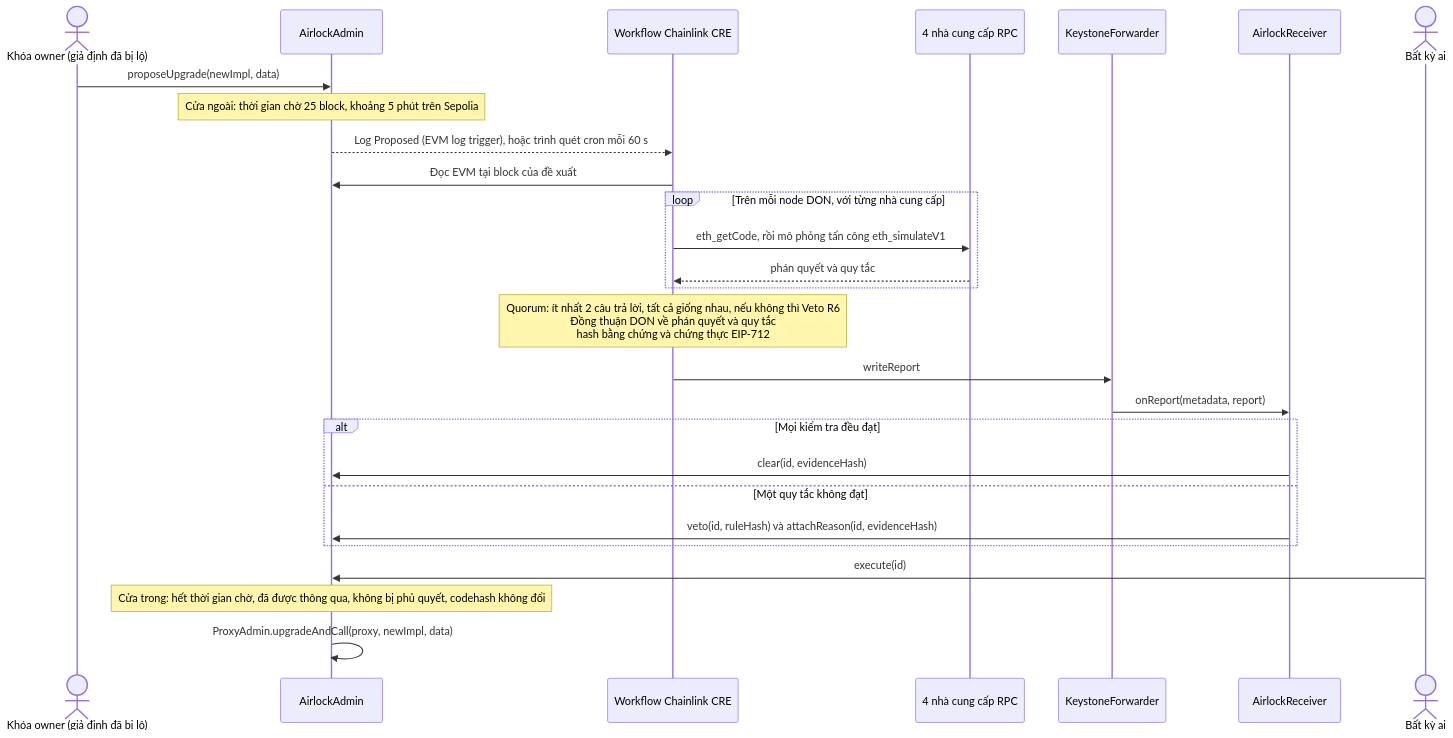
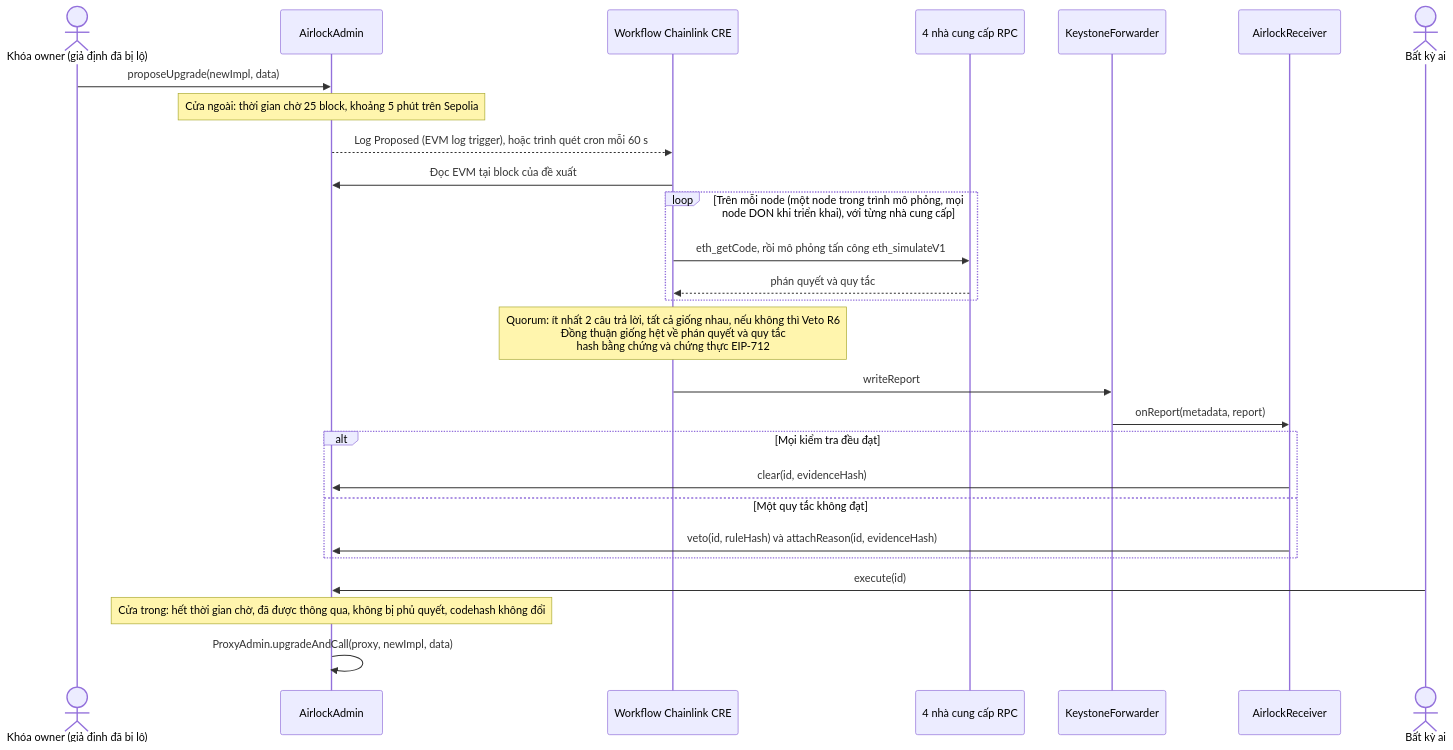
The diagram in README.vi.md (tedinroc/upgrade-airlock), drawn with Mermaid before and after one commit. The commit also changed other lines of this file and 37 other files, not shown here.

````diff
--- a/README.vi.md
+++ b/README.vi.md
@@ -85,30 +96,30 @@
 ```mermaid
 sequenceDiagram
     actor Owner as Khóa owner (giả định đã bị lộ)
     participant Admin as AirlockAdmin
     participant CRE as Workflow Chainlink CRE
     participant RPC as 4 nhà cung cấp RPC
     participant Fwd as KeystoneForwarder
     participant Recv as AirlockReceiver
     actor Anyone as Bất kỳ ai
 
     Owner->>Admin: proposeUpgrade(newImpl, data)
     Note over Admin: Cửa ngoài: thời gian chờ 25 block, khoảng 5 phút trên Sepolia
     Admin-->>CRE: Log Proposed (EVM log trigger), hoặc trình quét cron mỗi 60 s
     CRE->>Admin: Đọc EVM tại block của đề xuất
-    loop Trên mỗi node DON, với từng nhà cung cấp
+    loop Trên mỗi node (một node trong trình mô phỏng, mọi node DON khi triển khai), với từng nhà cung cấp
         CRE->>RPC: eth_getCode, rồi mô phỏng tấn công eth_simulateV1
         RPC-->>CRE: phán quyết và quy tắc
     end
-    Note over CRE: Quorum: ít nhất 2 câu trả lời, tất cả giống nhau, nếu không thì Veto R6<br/>Đồng thuận DON về phán quyết và quy tắc<br/>hash bằng chứng và chứng thực EIP-712
+    Note over CRE: Quorum: ít nhất 2 câu trả lời, tất cả giống nhau, nếu không thì Veto R6<br/>Đồng thuận giống hệt về phán quyết và quy tắc<br/>hash bằng chứng và chứng thực EIP-712
     CRE->>Fwd: writeReport
     Fwd->>Recv: onReport(metadata, report)
     alt Mọi kiểm tra đều đạt
         Recv->>Admin: clear(id, evidenceHash)
     else Một quy tắc không đạt
         Recv->>Admin: veto(id, ruleHash) và attachReason(id, evidenceHash)
     end
     Anyone->>Admin: execute(id)
     Note over Admin: Cửa trong: hết thời gian chờ, đã được thông qua, không bị phủ quyết, codehash không đổi
     Admin->>Admin: ProxyAdmin.upgradeAndCall(proxy, newImpl, data)
 ```
````
